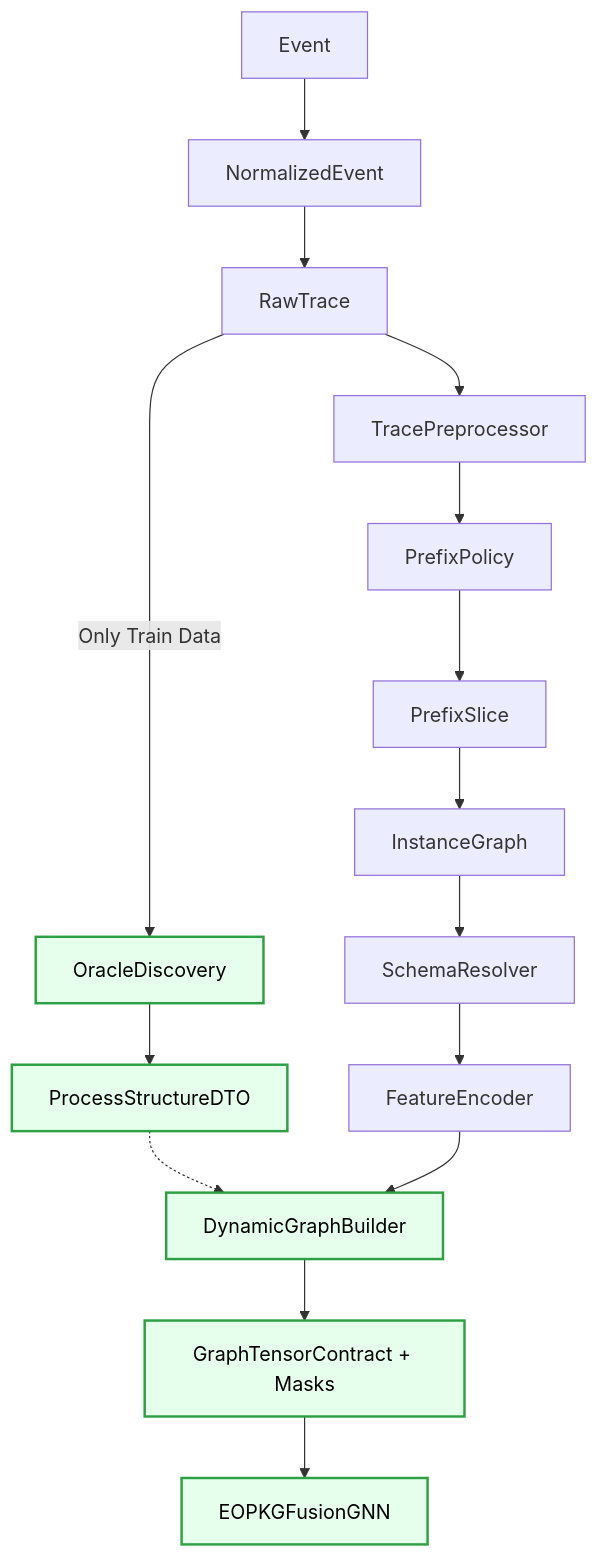
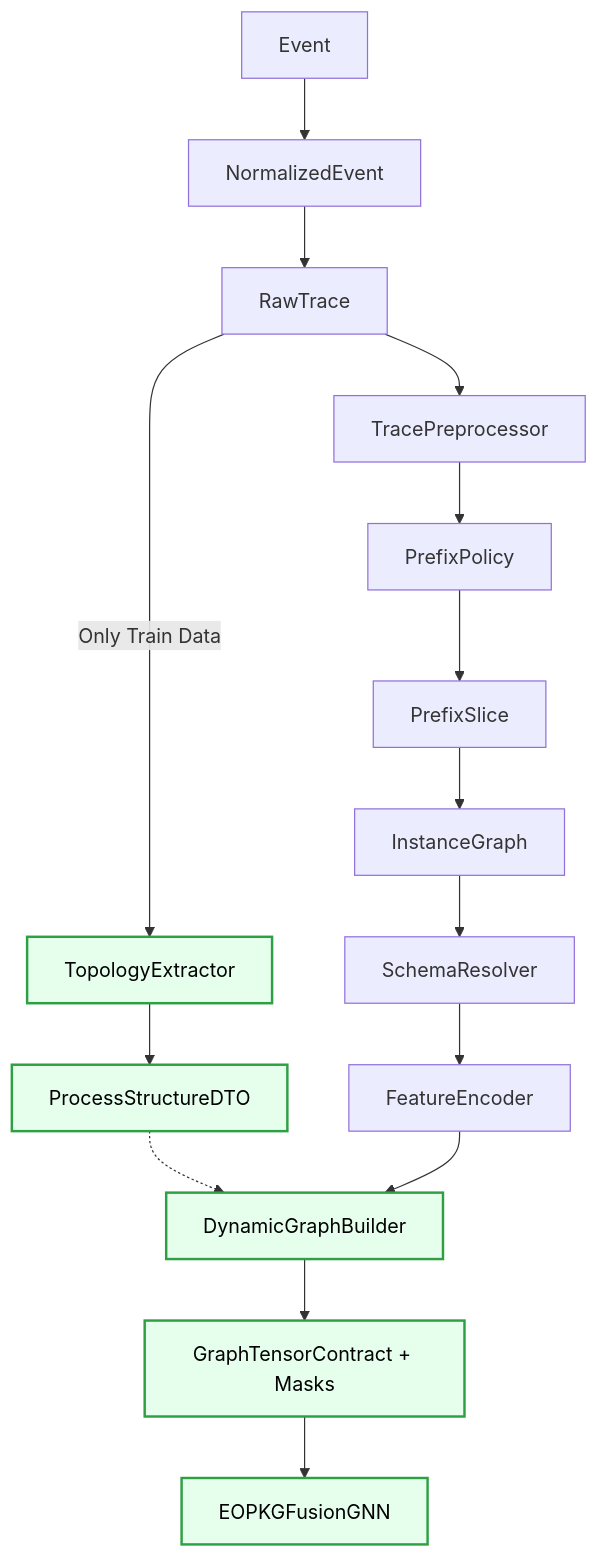
One commit to ghsrg/bpm_prediction changed the fifth of 5 diagrams in docs/ARCHITECTURE_MVP2.MD. Above: the diagram before and after it, drawn with Mermaid. The commit also changed other lines of this file and 4 other files, not shown here.

````diff
--- a/docs/ARCHITECTURE_MVP2.MD
+++ b/docs/ARCHITECTURE_MVP2.MD
@@ -202,23 +202,23 @@
 ```mermaid
 flowchart TD
     classDef mvp2 fill:#e6ffed,stroke:#2ea043,stroke-width:2px,color:#000;
 
     Event --> NormalizedEvent
     NormalizedEvent --> RawTrace
     
-    RawTrace -->|Only Train Data| OracleDiscovery:::mvp2
-    OracleDiscovery --> ProcessStructureDTO:::mvp2
+    RawTrace -->|Only Train Data| TopologyExtractor:::mvp2
+    TopologyExtractor --> ProcessStructureDTO:::mvp2
     
     RawTrace --> TracePreprocessor
     TracePreprocessor --> PrefixPolicy
     PrefixPolicy --> PrefixSlice
     PrefixSlice --> InstanceGraph
     InstanceGraph --> SchemaResolver
     SchemaResolver --> FeatureEncoder
     
     ProcessStructureDTO -.-> DynamicGraphBuilder:::mvp2
     FeatureEncoder --> DynamicGraphBuilder
     
     DynamicGraphBuilder --> ExpandedTensorContract[GraphTensorContract + Masks]:::mvp2
     ExpandedTensorContract --> EOPKGFusionGNN:::mvp2
 ```
````
